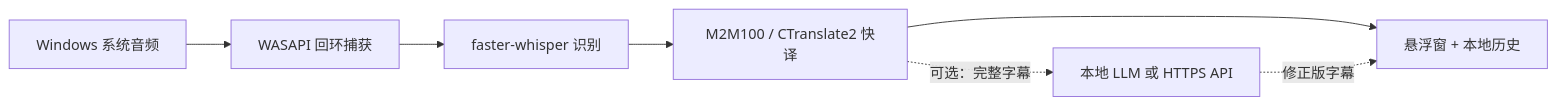
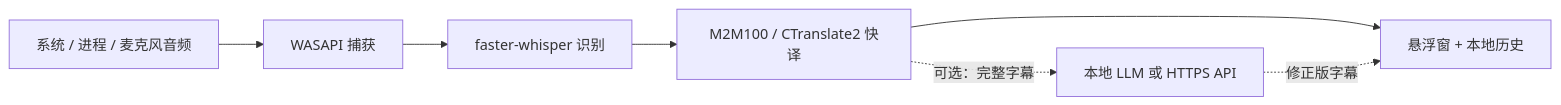
The diagram in README.zh-CN.md (MuzeAnisichael/LinguaRelay), drawn with Mermaid before and after one commit. The commit also changed other lines of this file and 48 other files, not shown here.

````diff
--- a/README.zh-CN.md
+++ b/README.zh-CN.md
@@ -80,9 +83,9 @@
 ```mermaid
 flowchart LR
-    A["Windows 系统音频"] --> B["WASAPI 回环捕获"]
+    A["系统 / 进程 / 麦克风音频"] --> B["WASAPI 捕获"]
     B --> C["faster-whisper 识别"]
     C --> D["M2M100 / CTranslate2 快译"]
     D --> E["悬浮窗 + 本地历史"]
     D -. "可选：完整字幕" .-> F["本地 LLM 或 HTTPS API"]
     F -. "修正版字幕" .-> E
 ```
````
